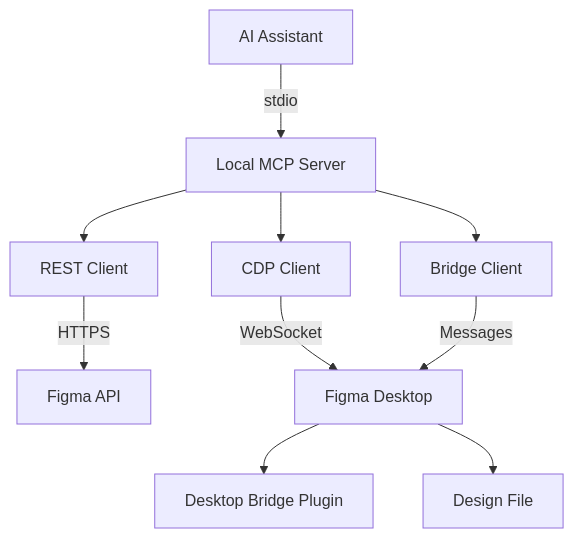
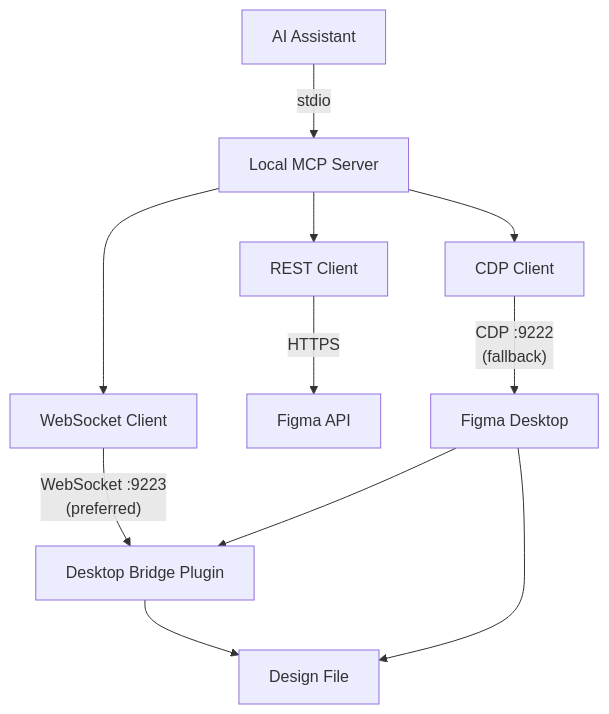
Before and after one commit to southleft/figma-console-mcp: the second of 6 diagrams in docs/architecture.md, drawn with Mermaid. The commit also changed other lines of this file and 9 other files, not shown here.

First line of the commit message:
docs: Reframe Desktop Bridge Plugin as recommended connection, CDP as fallback

````diff
--- a/docs/architecture.md
+++ b/docs/architecture.md
@@ -42,16 +42,17 @@
 ```mermaid
 flowchart TB
     AI[AI Assistant]
     AI -->|stdio| SERVER[Local MCP Server]
 
     SERVER --> REST[REST Client]
+    SERVER --> WS[WebSocket Client]
     SERVER --> CDP[CDP Client]
-    SERVER --> BRIDGE[Bridge Client]
 
     REST -->|HTTPS| API[Figma API]
-    CDP -->|WebSocket| FIGMA[Figma Desktop]
-    BRIDGE -->|Messages| FIGMA
+    WS -->|"WebSocket :9223<br/>(preferred)"| PLUGIN[Desktop Bridge Plugin]
+    CDP -->|"CDP :9222<br/>(fallback)"| FIGMA[Figma Desktop]
 
-    FIGMA --> PLUGIN[Desktop Bridge Plugin]
-    FIGMA --> FILE[Design File]
+    PLUGIN --> FILE[Design File]
+    FIGMA --> PLUGIN
+    FIGMA --> FILE
 ```
````
